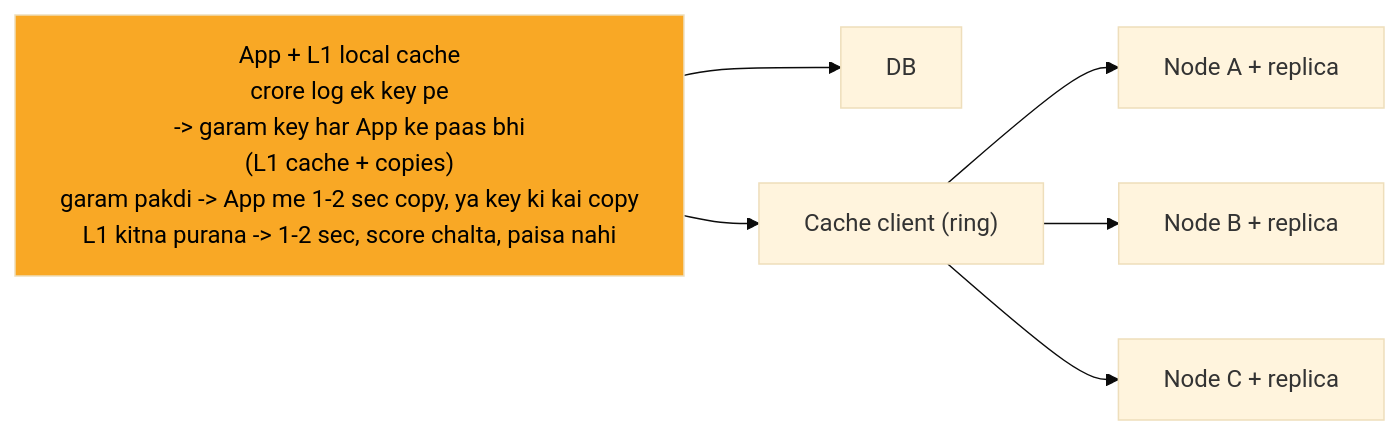
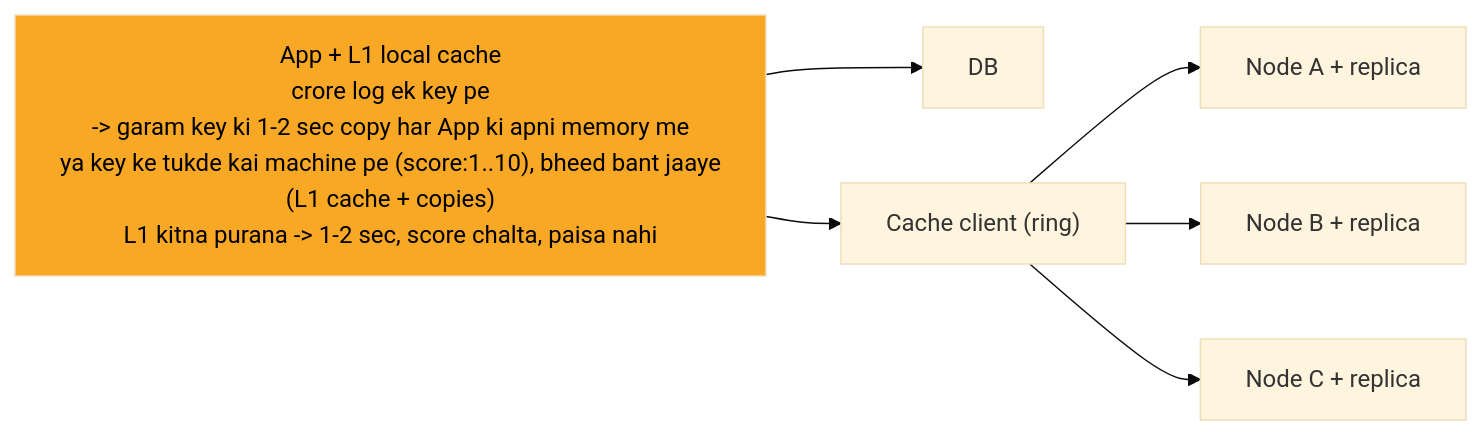
Before and after one commit to ArpanMaheshwari144/Prep: the seventh of 8 diagrams in 04_HLD/SYSTEM_DESIGNS/10_distributed_cache/10_distributed_cache.md, drawn with Mermaid (base theme). The commit also changed other lines of this file and 13 other files, not shown here.

````diff
--- a/04_HLD/SYSTEM_DESIGNS/10_distributed_cache/10_distributed_cache.md
+++ b/04_HLD/SYSTEM_DESIGNS/10_distributed_cache/10_distributed_cache.md
@@ -287,16 +287,16 @@
 ```mermaid
 %%{init: {"flowchart": {"wrappingWidth": 450}}}%%
 flowchart LR
-    n_App_L1_local_cache["App + L1 local cache<br/>crore log ek key pe<br/>-> garam key har App ke paas bhi<br/>(L1 cache + copies)<br/>garam pakdi -> App me 1-2 sec copy, ya key ki kai copy<br/>L1 kitna purana -> 1-2 sec, score chalta, paisa nahi"]
+    n_App_L1_local_cache["App + L1 local cache<br/>crore log ek key pe<br/>-> garam key ki 1-2 sec copy har App ki apni memory me<br/>ya key ke tukde kai machine pe (score:1..10), bheed bant jaaye<br/>(L1 cache + copies)<br/>L1 kitna purana -> 1-2 sec, score chalta, paisa nahi"]
     n_DB["DB"]
     n_Cache_client["Cache client (ring)"]
     n_Node_A_replica["Node A + replica"]
     n_Node_B_replica["Node B + replica"]
     n_Node_C_replica["Node C + replica"]
     n_App_L1_local_cache --> n_DB
     n_App_L1_local_cache --> n_Cache_client
     n_Cache_client --> n_Node_A_replica
     n_Cache_client --> n_Node_B_replica
     n_Cache_client --> n_Node_C_replica
     style n_App_L1_local_cache fill:#f9a825,color:#000
 ```
````
